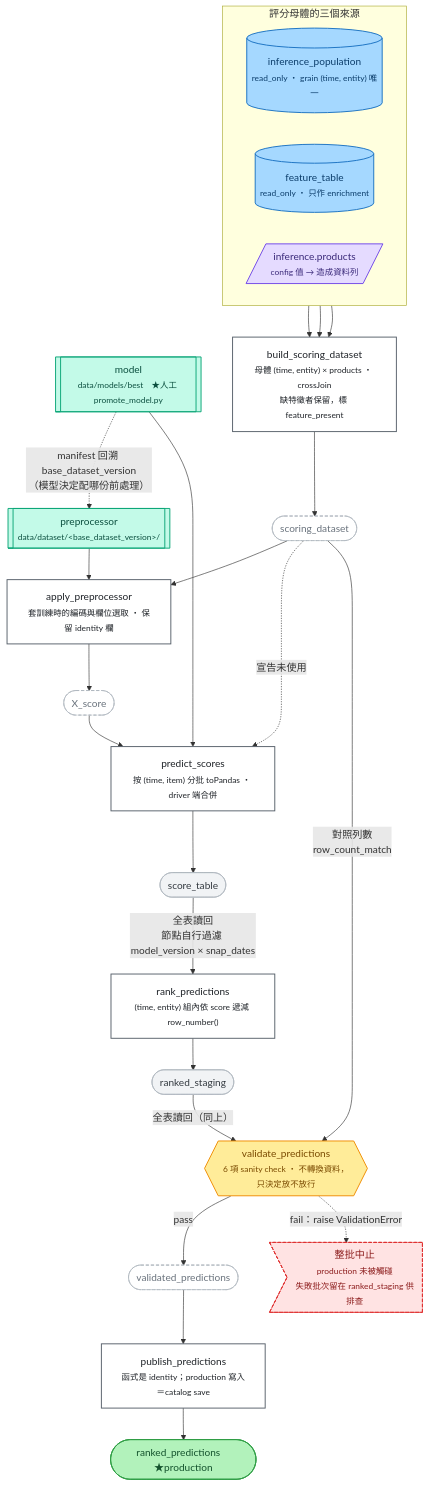
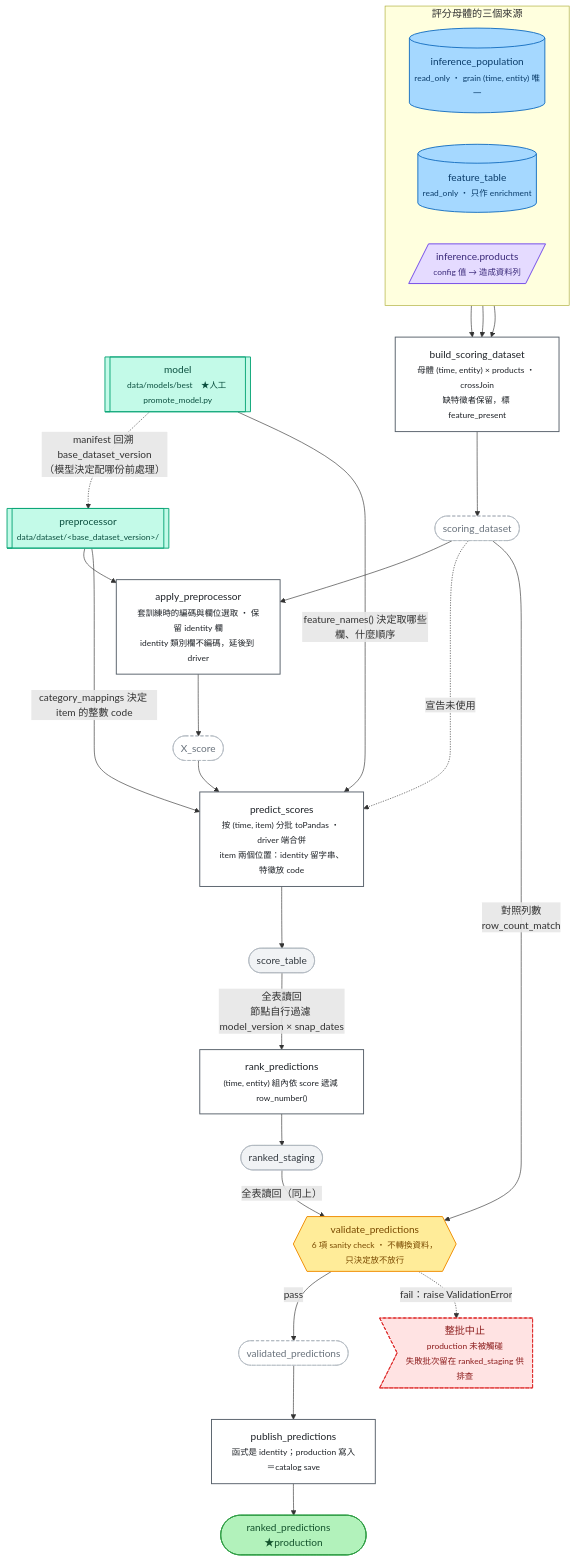
The diagram in docs/diagrams/inference-pipeline.mmd (curtis-lu/recsys-demo), drawn with Mermaid before and after one commit. The commit also changed 13 other files, not shown here.

````diff
--- a/docs/diagrams/inference-pipeline.mmd
+++ b/docs/diagrams/inference-pipeline.mmd
@@ -1,142 +1,143 @@
 %%{init: {"theme": "base", "themeVariables": {"fontFamily": "-apple-system, 'Segoe UI', 'PingFang TC', 'Microsoft JhengHei', sans-serif", "fontSize": "13px", "lineColor": "#8a97a0", "textColor": "#1f2328", "clusterBkg": "#fbfcfd", "clusterBorder": "#d0d7de", "edgeLabelBackground": "#ffffff"}, "flowchart": {"curve": "basis", "nodeSpacing": 30, "rankSpacing": 46, "htmlLabels": true, "padding": 8}} }%%
 %% ===========================================================================
 %% inference pipeline node graph
 %% 唯一真實來源：src/recsys_tfb/pipelines/inference/pipeline.py::create_pipeline
 %% 姊妹圖：dataset-pipeline.mmd（同一套圖例，多出的形狀見下）
 
 %% 圖例
 %%   [( 圓柱 )]    來源表（catalog 的 read_only Hive table）
 %%   [/ 斜角 /]    直接被造成「資料列」的 config 值。只有這一種 config 入圖，
 %%                 過濾條件類的（inference.snap_dates）不畫——理由見「刻意不畫」。
 %%   [[ 雙框 ]]    別的 pipeline 落地的版本化 artifact（不是表，是檔案）
 %%   [ 方框 ]      node，框內是 node name（可直接餵給 --from-node / --only-node）
 %%   ([ 實線膠囊 ]) 落地的 catalog 條目（Hive table）
 %%   ([ 虛線膠囊 ]) MemoryDataset：catalog.yaml 沒有這個名字，只活在這次 run 的記憶體
 %%   {{ 六角 }}    閘：不轉換資料，只決定放不放行
 %%   > 旗標 ]      失敗路徑的終點（不是 dataset，沒有東西被寫出去）
 %%   虛線邊         非資料流：宣告了但函式沒讀、或版本解析的相依
 %%   「全表讀回」   這條邊走 Hive round-trip，不是記憶體直傳（見下）
 
 %% 為什麼要標「全表讀回」
 %%   node 之間不是直接傳 DataFrame——runner 對每個 input 都走 catalog.load()
 %%   （core/runner.py:87）。score_table / ranked_staging 是 Hive managed table 且
 %%   catalog 沒設 partition_filter（對照組：enriched_eval_predictions 有），所以
 %%   讀回來的是**含歷史 partition 的全表**。這就是 rank_predictions 與
 %%   validate_predictions 都先呼叫 _filter_current_inference_scope 的理由：
 %%   把資料限縮回本次的 model_version × inference.snap_dates。
 
 %% 為什麼 ranked_staging 要單獨存在
 %%   validate 失敗時 raise ValidationError，整批中止，production 的
 %%   ranked_predictions 完全不被觸碰，而失敗批次留在 staging 供事後排查。
 %%   圖上的紅色終點就是這條路徑；沒有它，staging → validate → publish
 %%   會被讀成三個沒必要的步驟。
 
 %% 兩個「圖跟程式碼對不上」的地方，已在圖上標出，不要當成畫錯
 %%   1. predict_scores 宣告吃 scoring_dataset，函式體從頭到尾沒讀它
 %%      （AST 查證過）。拓樸順序本來就由 X_score 保證，記憶體釋放時機由
 %%      validate_predictions 決定，所以這個參數不影響任何行為。圖上畫成虛線。
 %%   2. validate_predictions 的第一個參數**叫** ranked_predictions，但
 %%      pipeline.py:41 餵給它的是 ranked_staging。圖上一律用 catalog 名。
 
 %% 刻意不畫
 %%   - parameters：每個 node 都吃，畫出來只會蓋掉真正的資料流。
 %%     唯一例外是 inference.products——它不是「被讀取的設定值」，而是被
 %%     spark.createDataFrame 造成一張表再 crossJoin 進來的資料列
 %%     （nodes_spark.py:113-115），評分列數 = entity 數 × 日期數 × products 數。
 %%     inference.snap_dates 只是過濾條件，仍然不畫。
 %%   - calibration：inference.use_calibration 只是 predict_scores 內部一次 if
 %%     （model.predict() vs model.predict_uncalibrated()），不改變任何一條邊。
 %%     這跟 dataset 圖的 calibration 分支（會多出節點）性質不同，所以那邊寫
 %%     「不畫這個分支」，這邊是「根本沒有分支可畫」。
 %%   - build_scoring_dataset 的 feature coverage 報表：只算數字寫 log，不下推
 %%     成資料，缺特徵的母體成員一律保留並標 feature_present。
 %%   - 上游 pipeline 本身（dataset / training / source ETL）：跨 pipeline 的
 %%     完整 lineage 見 docs/data-lineage.html。
 
 %% 編輯方式：改這個檔，然後重新渲染成 SVG 貼回 inference-pipeline.html。
 %%   - 線上：https://mermaid.live 貼上全文 → Actions → SVG
 %%   - VS Code：Mermaid 系列外掛可直接預覽與匯出
 %%   - 貼進 .md 的 ```mermaid 區塊，GitHub 會直接渲染
 %%   - CLI（指令見 inference-pipeline.html 末段）
 
 %% 兩個實測過的坑
 %%   1. 不要留「只有 %%、後面沒有字」的空註解行：mermaid 不會把它當註解剝掉，
 %%      會黏到下一行變成 %%flowchart，parse error 指向第 1 行、很難聯想。
 %%      要空行就用真正的空行。
 %%   2. 渲染用 mermaid-cli@10，不要用 @11：同一張圖 v11 的新 renderer 會產出
 %%      數百 KB 的 SVG（形狀改用 rough.js 畫，path 灌到 30 KB 一條）。
 %% ===========================================================================
 
 flowchart TB
 
   %% ------------------- 來源：兩張表 ＋ 一份 config -------------------
   subgraph SRC[" 評分母體的三個來源 "]
     direction LR
     src_pop[("inference_population<br/><small>read_only ・ grain (time, entity) 唯一</small>")]
     src_ft[("feature_table<br/><small>read_only ・ 只作 enrichment</small>")]
     cfg_prod[/"inference.products<br/><small>config 值 → 造成資料列</small>"/]
   end
 
   %% --------------- 上游 pipeline 落地的版本化 artifact ----------------
   %% 不放進 subgraph：包起來會被 dagre 當成一個整體擺到側邊，把主鏈拉成鋸齒。
   %% 讓這兩個節點自由落在各自的消費者上方，主鏈才是一條直線。
   art_model[["model<br/><small>data/models/best　★人工 promote_model.py</small>"]]
   art_prep[["preprocessor<br/><small>data/dataset/&lt;base_dataset_version&gt;/</small>"]]
 
   art_model -. "manifest 回溯 base_dataset_version<br/>（模型決定配哪份前處理）" .-> art_prep
 
   %% ---------------------------- 主鏈 ------------------------------
   n_build["build_scoring_dataset<br/><small>母體 (time, entity) × products ・ crossJoin<br/>缺特徵者保留，標 feature_present</small>"]
   d_scoring(["scoring_dataset"])
-  n_apply["apply_preprocessor<br/><small>套訓練時的編碼與欄位選取 ・ 保留 identity 欄</small>"]
+  n_apply["apply_preprocessor<br/><small>套訓練時的編碼與欄位選取 ・ 保留 identity 欄<br/>identity 類別欄不編碼，延後到 driver</small>"]
   d_xscore(["X_score"])
-  n_predict["predict_scores<br/><small>按 (time, item) 分批 toPandas ・ driver 端合併</small>"]
+  n_predict["predict_scores<br/><small>按 (time, item) 分批 toPandas ・ driver 端合併<br/>item 兩個位置：identity 留字串、特徵放 code</small>"]
   d_score(["score_table"])
   n_rank["rank_predictions<br/><small>(time, entity) 組內依 score 遞減 row_number()</small>"]
   d_staging(["ranked_staging"])
   gate{{"validate_predictions<br/><small>6 項 sanity check ・ 不轉換資料，只決定放不放行</small>"}}
   d_validated(["validated_predictions"])
   n_publish["publish_predictions<br/><small>函式是 identity；production 寫入＝catalog save</small>"]
   o_ranked(["ranked_predictions　★production"])
   x_abort>"整批中止<br/><small>production 未被觸碰<br/>失敗批次留在 ranked_staging 供排查</small>"]
 
   src_pop --> n_build
   src_ft --> n_build
   cfg_prod --> n_build
   n_build --> d_scoring
   d_scoring --> n_apply
   art_prep --> n_apply
   n_apply --> d_xscore
   d_xscore --> n_predict
-  art_model --> n_predict
+  art_model -- "feature_names() 決定取哪些欄、什麼順序" --> n_predict
+  art_prep -- "category_mappings 決定 item 的整數 code" --> n_predict
   d_scoring -. "宣告未使用" .-> n_predict
   n_predict --> d_score
   d_score -- "全表讀回<br/>節點自行過濾 model_version × snap_dates" --> n_rank
   n_rank --> d_staging
   d_staging -- "全表讀回（同上）" --> gate
   d_scoring -- "對照列數<br/>row_count_match" --> gate
   gate -- "pass" --> d_validated
   gate -. "fail：raise ValidationError" .-> x_abort
   d_validated --> n_publish
   n_publish --> o_ranked
 
   %% ---------------------------- 樣式 -------------------------------
   classDef src fill:#a5d8ff,stroke:#1971c2,stroke-width:1.5px,color:#0b3d6b
   classDef cfg fill:#e5dbff,stroke:#7048e8,stroke-width:1.5px,color:#3b2a7a
   classDef art fill:#c3fae8,stroke:#0ca678,stroke-width:1.5px,color:#0b4f3f
   classDef nd fill:#ffffff,stroke:#57606a,stroke-width:1.5px,color:#1f2328
   classDef data fill:#f1f3f5,stroke:#adb5bd,stroke-width:1px,color:#343a40
   classDef mem fill:#ffffff,stroke:#adb5bd,stroke-width:1px,stroke-dasharray:5 3,color:#6a737d
   classDef out fill:#b2f2bb,stroke:#2f9e44,stroke-width:1.5px,color:#14532d
   classDef gt fill:#ffec99,stroke:#f08c00,stroke-width:1.5px,color:#7a4a00
   classDef abort fill:#ffe3e3,stroke:#e03131,stroke-width:1.5px,stroke-dasharray:5 3,color:#8c1c1c
 
   class src_pop,src_ft src
   class cfg_prod cfg
   class art_model,art_prep art
   class n_build,n_apply,n_predict,n_rank,n_publish nd
   class d_score,d_staging data
   class d_scoring,d_xscore,d_validated mem
   class o_ranked out
   class gate gt
   class x_abort abort
````
